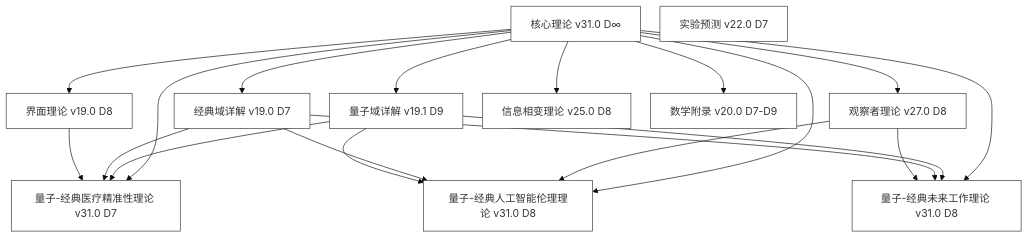
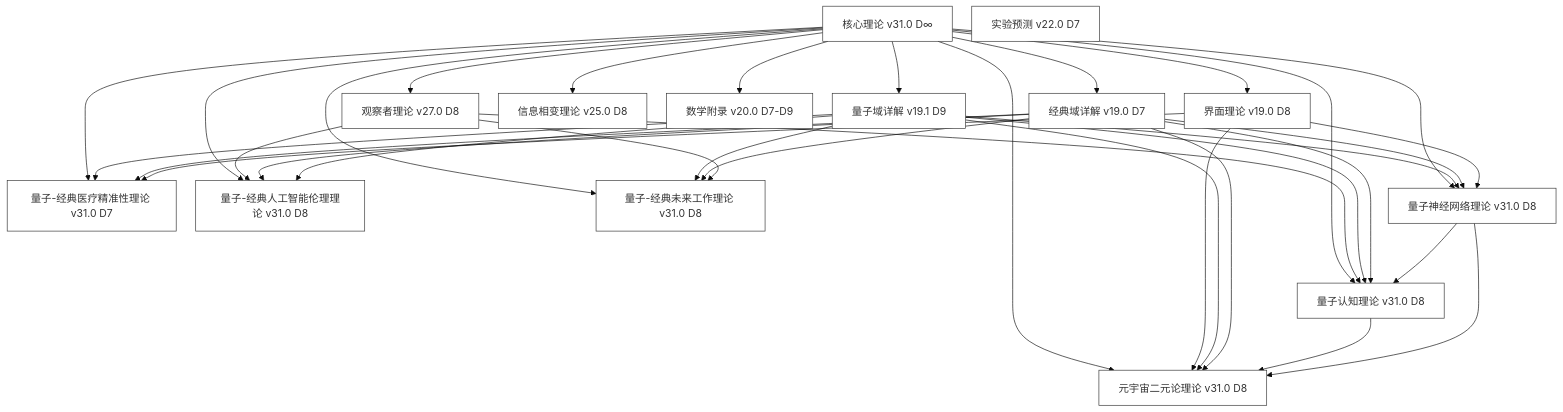
One commit to gldeng/universe changed the diagram in formal_theory/formal_theory.md. Above: the diagram before and after it, drawn with Mermaid. The commit also changed other lines of this file, not shown here.

````diff
--- a/formal_theory/formal_theory.md
+++ b/formal_theory/formal_theory.md
@@ -219,63 +222,81 @@
 ```mermaid
 %%{
   init: {
     'theme': 'base',
     'themeVariables': {
       'nodeBorder': '#333',
       'mainBkg': '#fff',
       'nodeTextColor': '#000',
       'fontSize': '16px',
       'primaryBorderColor': '#0000FF',
       'edgeLabelBackground': '#fff',
       'lineHeight': '1.4'
     },
     'flowchart': {
       'nodeSpacing': 30,
       'rankSpacing': 80,
       'curve': 'basis',
       'useMaxWidth': false,
       'htmlLabels': true
     }
   }
 }%%
 
 flowchart TD
     %% 核心理论
     Core[核心理论 v31.0 D∞] 
     
     %% 基础理论层
     QD[量子域详解 v19.1 D9]
     CD[经典域详解 v19.0 D7]
     IF[界面理论 v19.0 D8]
     OB[观察者理论 v27.0 D8]
     PT[信息相变理论 v25.0 D8]
     MA[数学附录 v20.0 D7-D9]
     EX[实验预测 v22.0 D7]
     
     %% 新理论
     PM[量子-经典医疗精准性理论 v31.0 D7]
     AI[量子-经典人工智能伦理理论 v31.0 D8]
     FW[量子-经典未来工作理论 v31.0 D8]
+    QNN[量子神经网络理论 v31.0 D8]
+    QC[量子认知理论 v31.0 D8]
+    MT[元宇宙二元论理论 v31.0 D8]
     
     %% 直接依赖关系
     Core --> QD
     Core --> CD
     Core --> IF
     Core --> OB
     Core --> PT
     Core --> MA
     
     %% 新理论依赖关系
     Core --> PM
     Core --> AI
     Core --> FW
+    Core --> QNN
+    Core --> QC
+    Core --> MT
     QD --> PM
     CD --> PM
     IF --> PM
     OB --> AI
     CD --> AI
     QD --> AI
     QD --> FW
     CD --> FW
     OB --> FW
+    QD --> QNN
+    CD --> QNN
+    IF --> QNN
+    OB --> QC
+    QD --> QC
+    CD --> QC
+    IF --> MT
+    QD --> MT
+    CD --> MT
+    QNN --> QC
+    QC --> MT
+    QNN --> MT
 ```
````
